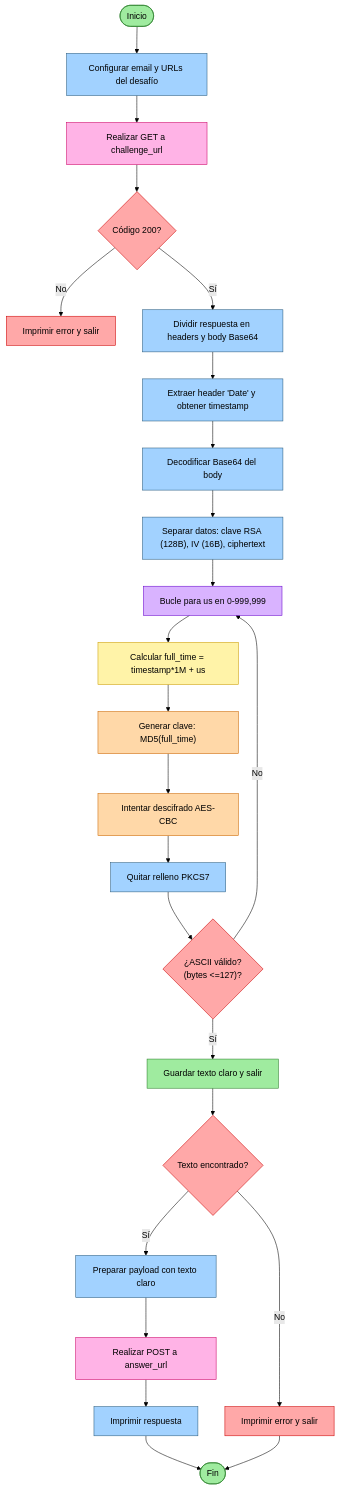
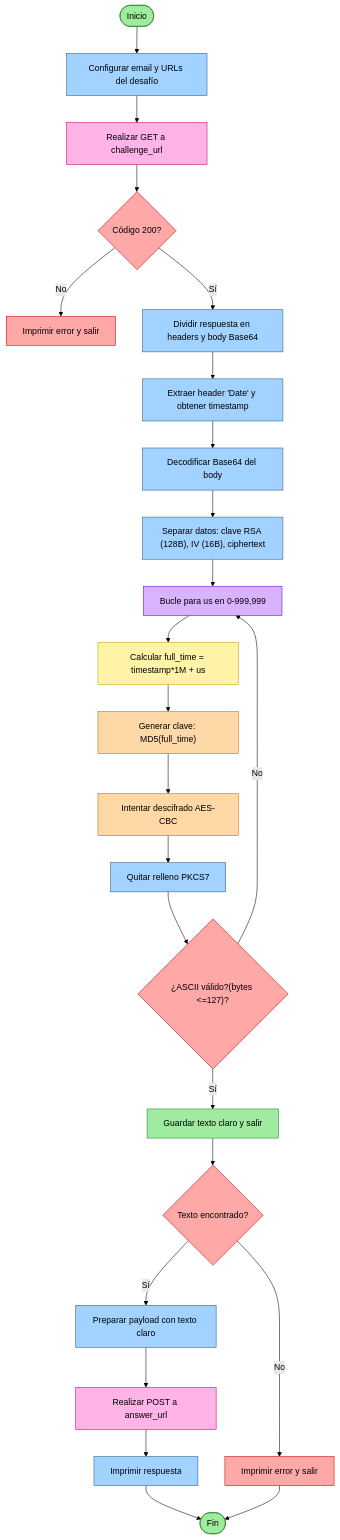
Before and after one commit to gcamargot/Criptografia: the second of 2 diagrams in Timerand/timerand_diagram.md, drawn with Mermaid (forest theme).

Commit message:
fix: diagram typo

````diff
--- a/Timerand/timerand_diagram.md
+++ b/Timerand/timerand_diagram.md
@@ -26,34 +26,34 @@
 ```mermaid
 flowchart TD
     A([Inicio]):::green --> B["Configurar email y URLs del desafío"]:::blue
     B --> C["Realizar GET a challenge_url"]:::pink
     C --> D{Código 200?}:::red
     D -- No --> E["Imprimir error y salir"]:::red
     D -- Sí --> F["Dividir respuesta en headers y body Base64"]:::blue
     F --> G["Extraer header 'Date' y obtener timestamp"]:::blue
     G --> H["Decodificar Base64 del body"]:::blue
     H --> I["Separar datos: clave RSA (128B), IV (16B), ciphertext"]:::blue
     I --> J["Bucle para us en 0-999,999"]:::purple
     J --> K["Calcular full_time = timestamp*1M + us"]:::yellow
     K --> L["Generar clave: MD5(full_time)"]:::orange
     L --> M["Intentar descifrado AES-CBC"]:::orange
     M --> N["Quitar relleno PKCS7"]:::blue
-    N --> O{"¿ASCII válido?\n(bytes <=127)?"}:::red
+    N --> O{"¿ASCII válido?(bytes <=127)?"}:::red
     O -- No --> J
     O -- Sí --> P["Guardar texto claro y salir"]:::green
     P --> Q{"Texto encontrado?"}:::red
     Q -- No --> R["Imprimir error y salir"]:::red
     Q -- Sí --> S["Preparar payload con texto claro"]:::blue
     S --> T["Realizar POST a answer_url"]:::pink
     T --> U["Imprimir respuesta"]:::blue
     U --> V([Fin]):::green
     R --> V
 
     classDef green fill:#9feb9f,stroke:#2a7f2a
     classDef blue fill:#a2d2ff,stroke:#2a5c7f
     classDef orange fill:#ffd8a8,stroke:#cc6600
     classDef yellow fill:#fff3a8,stroke:#cc9c00
     classDef red fill:#ffa8a8,stroke:#cc0000
     classDef pink fill:#ffb3e6,stroke:#cc0066
     classDef purple fill:#d9b3ff,stroke:#6600cc
 ```
````
